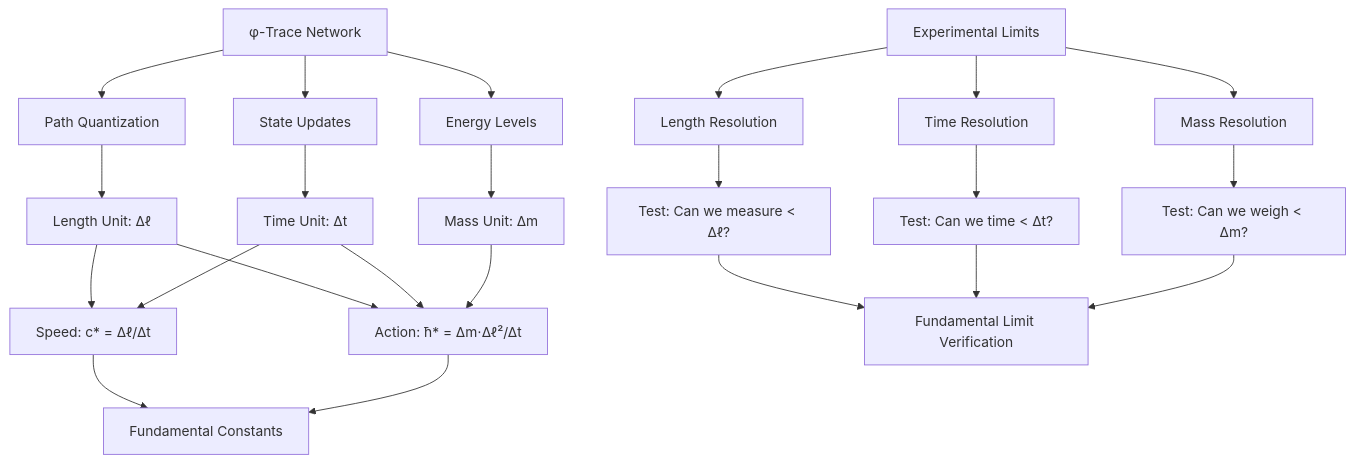
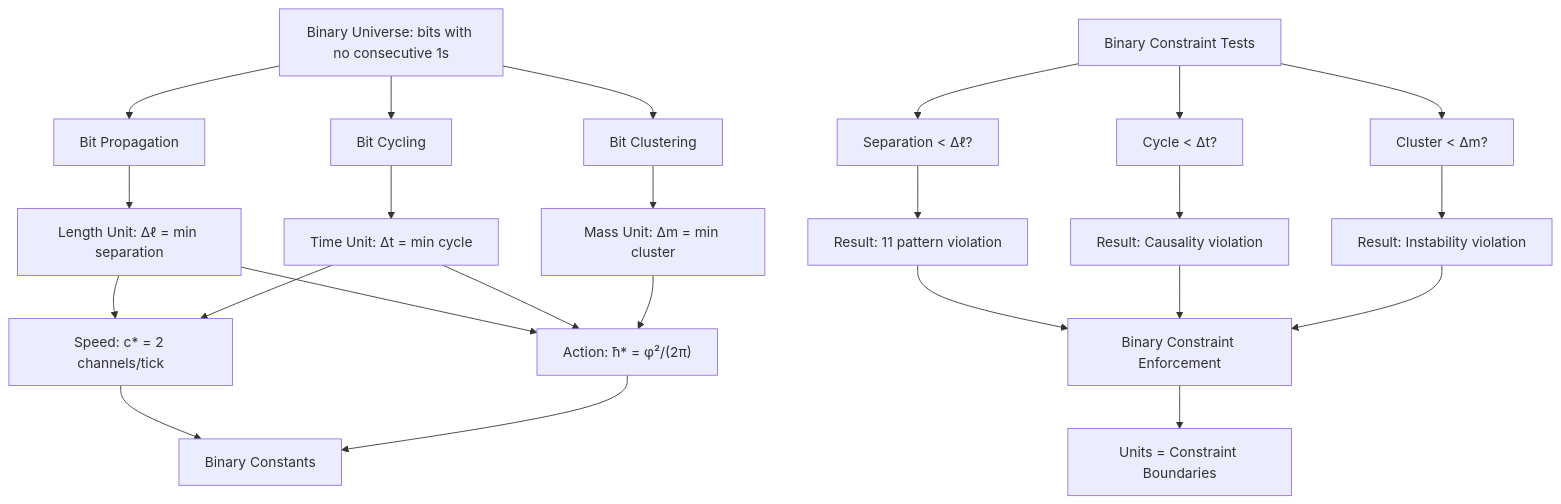
The diagram in docs/psi-constants/part-02-collapse-si-equivalence/chapter-018-collapse-unit-basis-delta-l-delta-t-delta-m.md (loning/the-phys), drawn with Mermaid before and after one commit. The commit also changed other lines of this file and 1 other file, not shown here.

````diff
--- a/docs/psi-constants/part-02-collapse-si-equivalence/chapter-018-collapse-unit-basis-delta-l-delta-t-delta-m.md
+++ b/docs/psi-constants/part-02-collapse-si-equivalence/chapter-018-collapse-unit-basis-delta-l-delta-t-delta-m.md
@@ -256,32 +333,34 @@
 ```mermaid
 graph TD
-    A[φ-Trace Network] --> B[Path Quantization]
-    A --> C[State Updates]
-    A --> D[Energy Levels]
+    A[Binary Universe: bits with no consecutive 1s] --> B[Bit Propagation]
+    A --> C[Bit Cycling]
+    A --> D[Bit Clustering]
     
-    B --> E[Length Unit: Δℓ]
-    C --> F[Time Unit: Δt]  
-    D --> G[Mass Unit: Δm]
+    B --> E[Length Unit: Δℓ = min separation]
+    C --> F[Time Unit: Δt = min cycle]  
+    D --> G[Mass Unit: Δm = min cluster]
     
-    E --> H[Speed: c* = Δℓ/Δt]
+    E --> H[Speed: c* = 2 channels/tick]
     F --> H
     
-    E --> I[Action: ħ* = Δm⋅Δℓ²/Δt]
+    E --> I["Action: ħ* = φ²/(2π)"]
     F --> I
     G --> I
     
-    H --> J[Fundamental Constants]
+    H --> J[Binary Constants]
     I --> J
     
-    K[Experimental Limits] --> L[Length Resolution]
-    K --> M[Time Resolution]
-    K --> N[Mass Resolution]
+    K[Binary Constraint Tests] --> L[Separation < Δℓ?]
+    K --> M[Cycle < Δt?]
+    K --> N[Cluster < Δm?]
     
-    L --> O[Test: Can we measure < Δℓ?]
-    M --> P[Test: Can we time < Δt?]
-    N --> Q[Test: Can we weigh < Δm?]
+    L --> O[Result: 11 pattern violation]
+    M --> P[Result: Causality violation]
+    N --> Q[Result: Instability violation]
     
-    O --> R[Fundamental Limit Verification]
+    O --> R[Binary Constraint Enforcement]
     P --> R
     Q --> R
+    
+    R --> S[Units = Constraint Boundaries]
 ```
````
